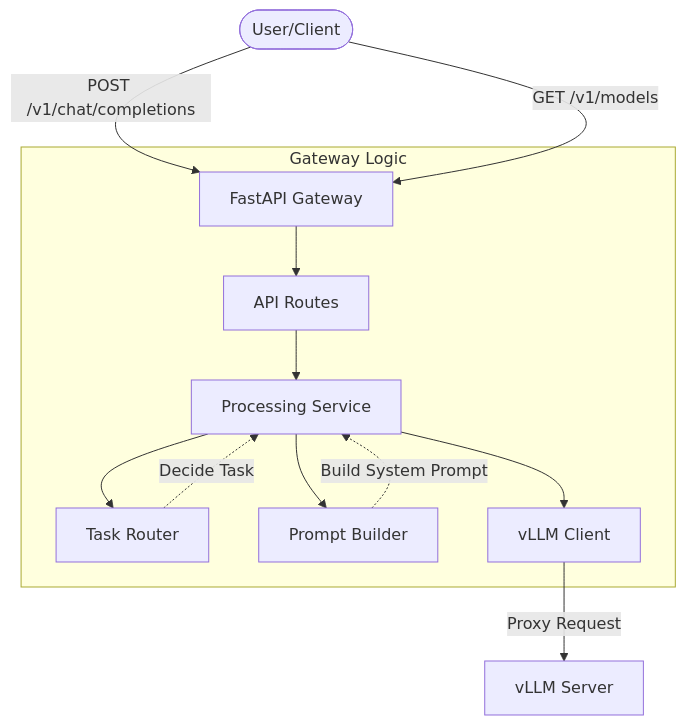
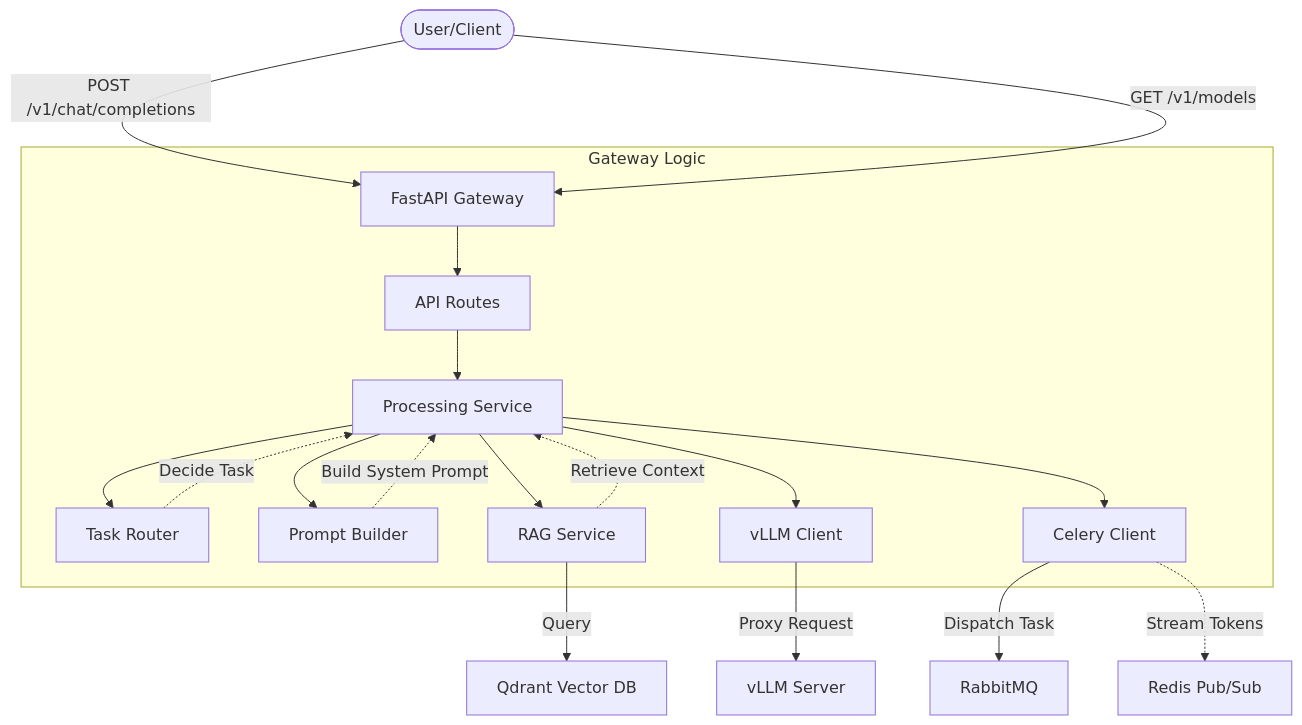
The first of 2 diagrams in src/gateway/README.md (MrArizona42/agent-042), drawn with Mermaid before and after one commit. The commit also changed other lines of this file and 5 other files, not shown here.

````diff
--- a/src/gateway/README.md
+++ b/src/gateway/README.md
@@ -7,19 +9,25 @@
 ```mermaid
 graph TD
     User([User/Client]) -->|POST /v1/chat/completions| FastAPI[FastAPI Gateway]
     User -->|GET /v1/models| FastAPI
 
     subgraph Gateway [Gateway Logic]
         FastAPI --> Routes[API Routes]
         Routes --> Processing[Processing Service]
 
         Processing --> Router[Task Router]
         Processing --> PromptBuilder[Prompt Builder]
+        Processing --> RAGService[RAG Service]
         Processing --> VllmClient[vLLM Client]
+        Processing --> CeleryClient[Celery Client]
 
         Router -.->|Decide Task| Processing
         PromptBuilder -.->|Build System Prompt| Processing
+        RAGService -.->|Retrieve Context| Processing
     end
 
     VllmClient -->|Proxy Request| vLLM[vLLM Server]
+    RAGService -->|Query| Qdrant[Qdrant Vector DB]
+    CeleryClient -->|Dispatch Task| RabbitMQ[RabbitMQ]
+    CeleryClient -.->|Stream Tokens| Redis[Redis Pub/Sub]
 ```
````
